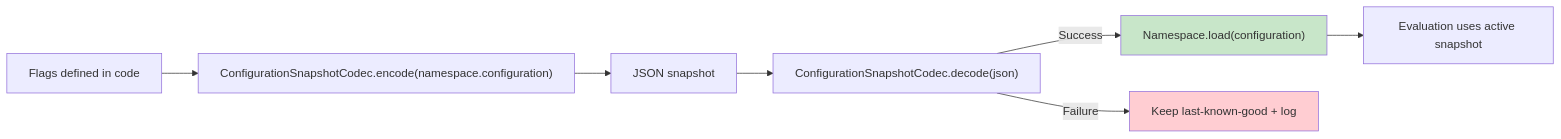
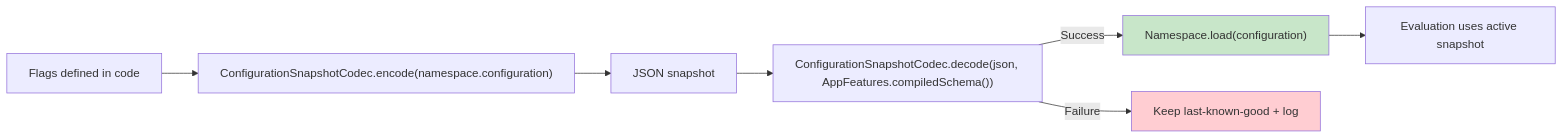
Before and after one commit to amichne/konditional: the diagram in docusaurus/docs/runtime/lifecycle.md, drawn with Mermaid. The commit also changed other lines of this file and 128 other files, not shown here.

````diff
--- a/docusaurus/docs/runtime/lifecycle.md
+++ b/docusaurus/docs/runtime/lifecycle.md
@@ -5,11 +5,11 @@
 ```mermaid
 flowchart LR
   Code["Flags defined in code"] --> Snap["ConfigurationSnapshotCodec.encode(namespace.configuration)"]
   Snap --> Json["JSON snapshot"]
-  Json --> Parse["ConfigurationSnapshotCodec.decode(json)"]
+  Json --> Parse["ConfigurationSnapshotCodec.decode(json, AppFeatures.compiledSchema())"]
   Parse -->|Success| Load["Namespace.load(configuration)"]
   Parse -->|Failure| Reject["Keep last-known-good + log"]
   Load --> Eval["Evaluation uses active snapshot"]
   style Load fill:#c8e6c9
   style Reject fill:#ffcdd2
 ```
````
